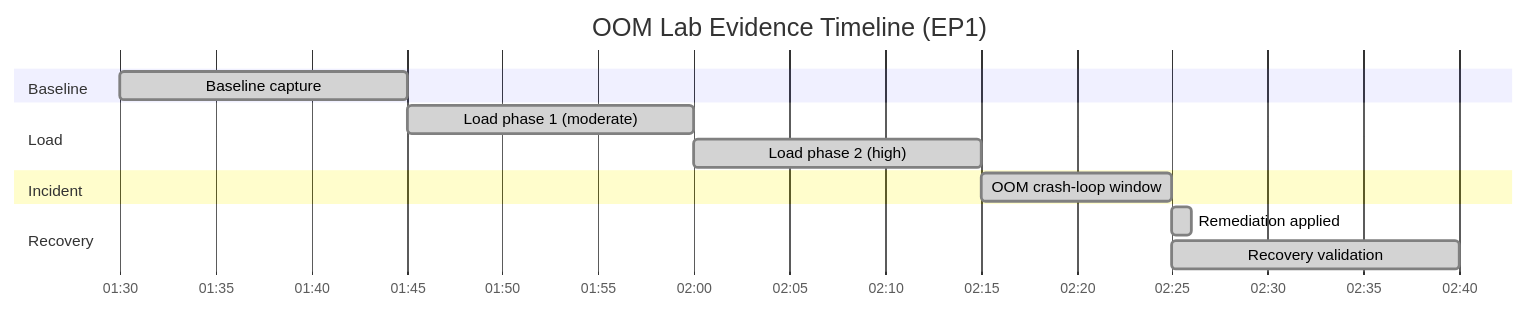
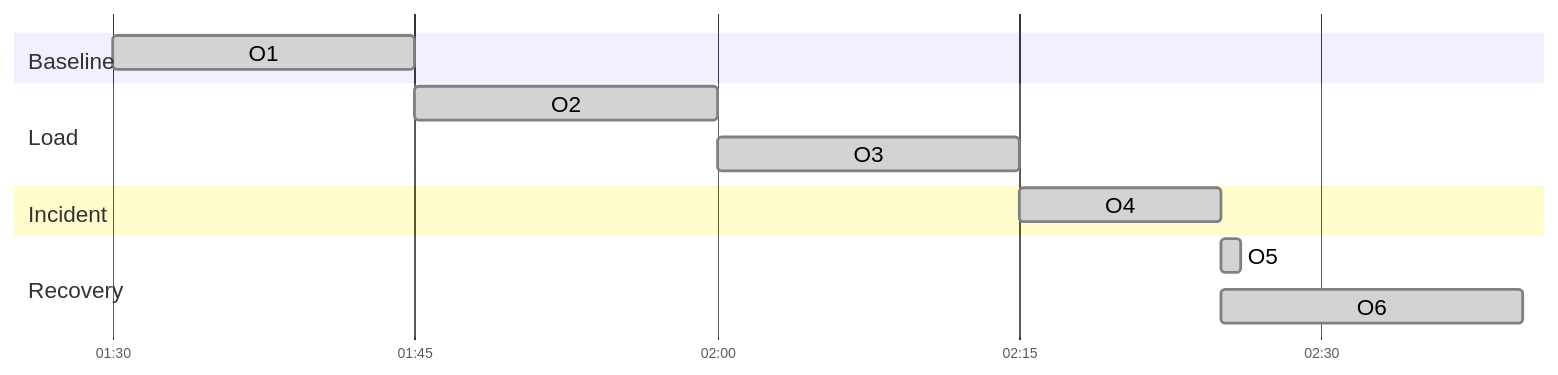
Before and after one commit to yeongseon/azure-functions-practical-guide: the third of 3 diagrams in docs/troubleshooting/lab-guides/out-of-memory-crash.md, drawn with Mermaid. The commit also changed other lines of this file, not shown here.

First line of the commit message:
docs(diagrams): clarify OOM lab diagram accessibility and timeline

````diff
--- a/docs/troubleshooting/lab-guides/out-of-memory-crash.md
+++ b/docs/troubleshooting/lab-guides/out-of-memory-crash.md
@@ -647,16 +655,19 @@
 ```mermaid
+%%{init: {'themeCSS': '.grid .tick text { font-size: 16px !important; }', 'gantt': {'useMaxWidth': true, 'fontSize': 16, 'sectionFontSize': 16, 'leftPadding': 70, 'rightPadding': 30, 'barHeight': 24, 'barGap': 12}}}%%
 gantt
-    title OOM Lab Evidence Timeline (EP1)
+    accTitle: OOM Lab Evidence Timeline (EP1)
+    accDescr: Six page-defined lab windows, from baseline at 01:30 to recovery ending at 02:40. O1 to O6 map to the adjacent task legend; no new execution is asserted.
     dateFormat  HH:mm
     axisFormat  %H:%M
+    tickInterval 15minute
     section Baseline
-    Baseline capture                :done, b1, 01:30, 15m
+    O1                              :done, b1, 01:30, 15m
     section Load
-    Load phase 1 (moderate)         :done, l1, 01:45, 15m
-    Load phase 2 (high)             :done, l2, 02:00, 15m
+    O2                              :done, l1, 01:45, 15m
+    O3                              :done, l2, 02:00, 15m
     section Incident
-    OOM crash-loop window           :done, i1, 02:15, 10m
+    O4                              :done, i1, 02:15, 10m
     section Recovery
-    Remediation applied             :done, r1, 02:25, 1m
-    Recovery validation             :done, r2, 02:25, 15m
+    O5                              :done, r1, 02:25, 1m
+    O6                              :done, r2, 02:25, 15m
 ```
````
